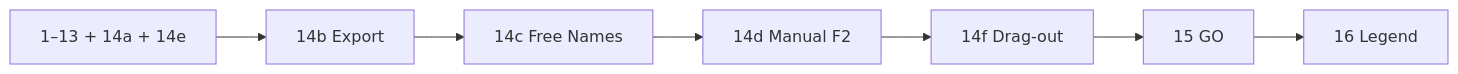
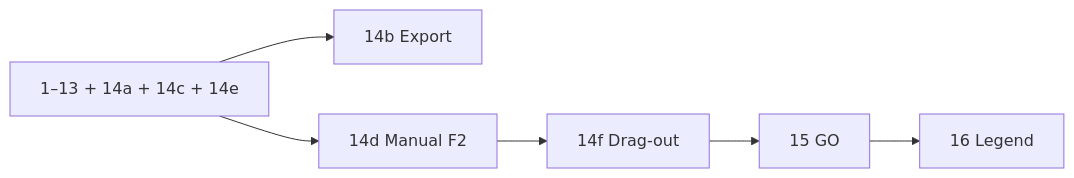
The diagram in docs/plans/rename-list-ui.plan.md (davidohana/finebytes), drawn with Mermaid before and after one commit. The commit also changed other lines of this file and 22 other files, not shown here.

First line of the commit message:
Add Free Names Edit functionality to Rename List

````diff
--- a/docs/plans/rename-list-ui.plan.md
+++ b/docs/plans/rename-list-ui.plan.md
@@ -136,12 +136,12 @@
 ```mermaid
 flowchart LR
-  Done[1–13 + 14a + 14e]
+  Done[1–13 + 14a + 14c + 14e]
   P14b[14b Export]
-  P14c[14c Free Names]
   P14d[14d Manual F2]
   P14f[14f Drag-out]
   P15[15 GO]
   P16[16 Legend]
-  Done --> P14b --> P14c --> P14d
+  Done --> P14b
+  Done --> P14d
   P14d --> P14f --> P15 --> P16
 ```
````
